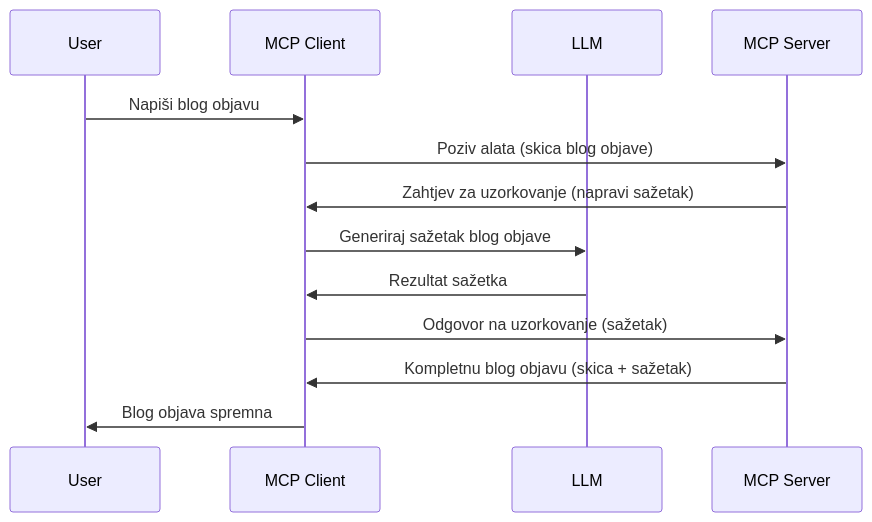
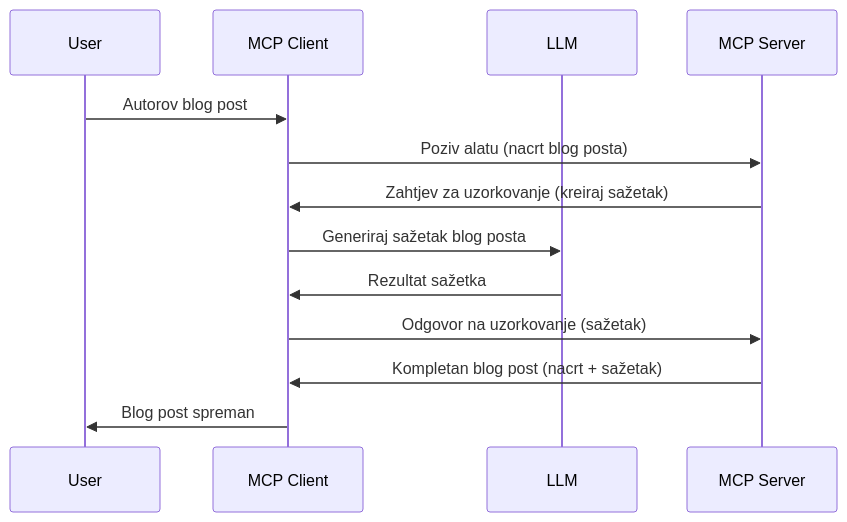
The diagram in mcp_ecosystem__model_context_protocol/mcp_learning_resources/mcp-for-beginners/translations/hr/03-GettingStarted/14-sampling/README.md (HIDORAKAI002/ai-workspace-archive), drawn with Mermaid before and after one commit. The commit also changed other lines of this file and 1046 other files, not shown here.

````diff
--- a/mcp_ecosystem__model_context_protocol/mcp_learning_resources/mcp-for-beginners/translations/hr/03-GettingStarted/14-sampling/README.md
+++ b/mcp_ecosystem__model_context_protocol/mcp_learning_resources/mcp-for-beginners/translations/hr/03-GettingStarted/14-sampling/README.md
@@ -23,16 +25,16 @@
 ```mermaid
 sequenceDiagram
     participant User
     participant MCP Client
     participant LLM
     participant MCP Server
 
-    User->>MCP Client: Napiši blog objavu
-    MCP Client->>MCP Server: Poziv alata (skica blog objave)
-    MCP Server->>MCP Client: Zahtjev za uzorkovanje (napravi sažetak)
-    MCP Client->>LLM: Generiraj sažetak blog objave
+    User->>MCP Client: Autorov blog post
+    MCP Client->>MCP Server: Poziv alatu (nacrt blog posta)
+    MCP Server->>MCP Client: Zahtjev za uzorkovanje (kreiraj sažetak)
+    MCP Client->>LLM: Generiraj sažetak blog posta
     LLM->>MCP Client: Rezultat sažetka
     MCP Client->>MCP Server: Odgovor na uzorkovanje (sažetak)
-    MCP Server->>MCP Client: Kompletnu blog objavu (skica + sažetak)
-    MCP Client->>User: Blog objava spremna
+    MCP Server->>MCP Client: Kompletan blog post (nacrt + sažetak)
+    MCP Client->>User: Blog post spreman
 ```
````
